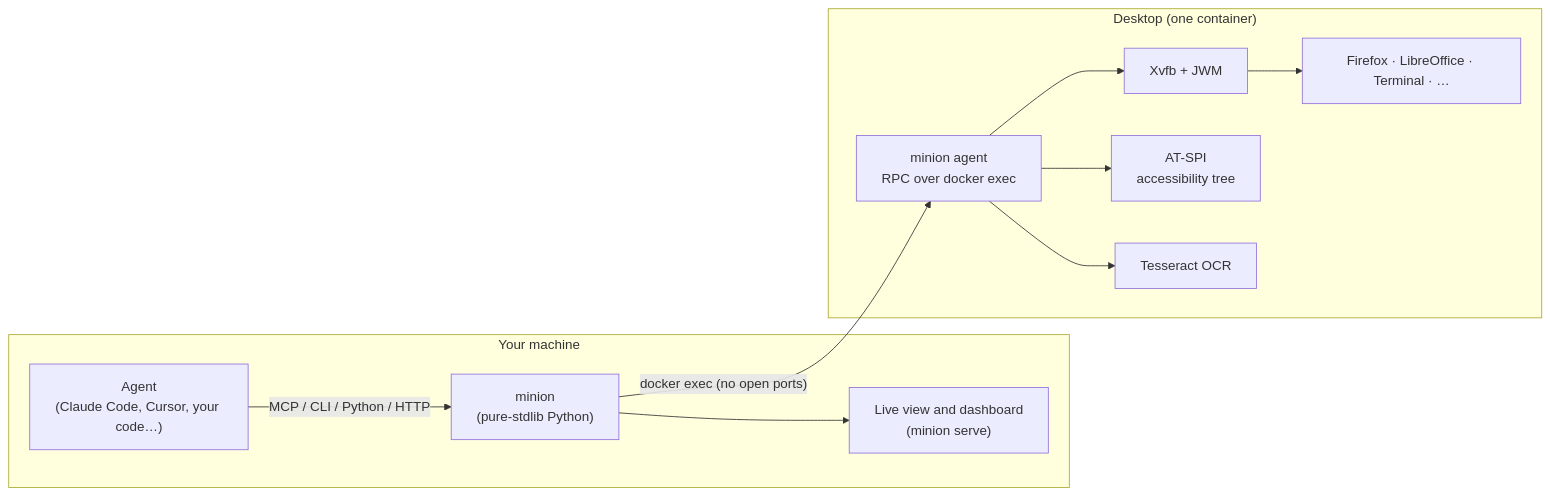
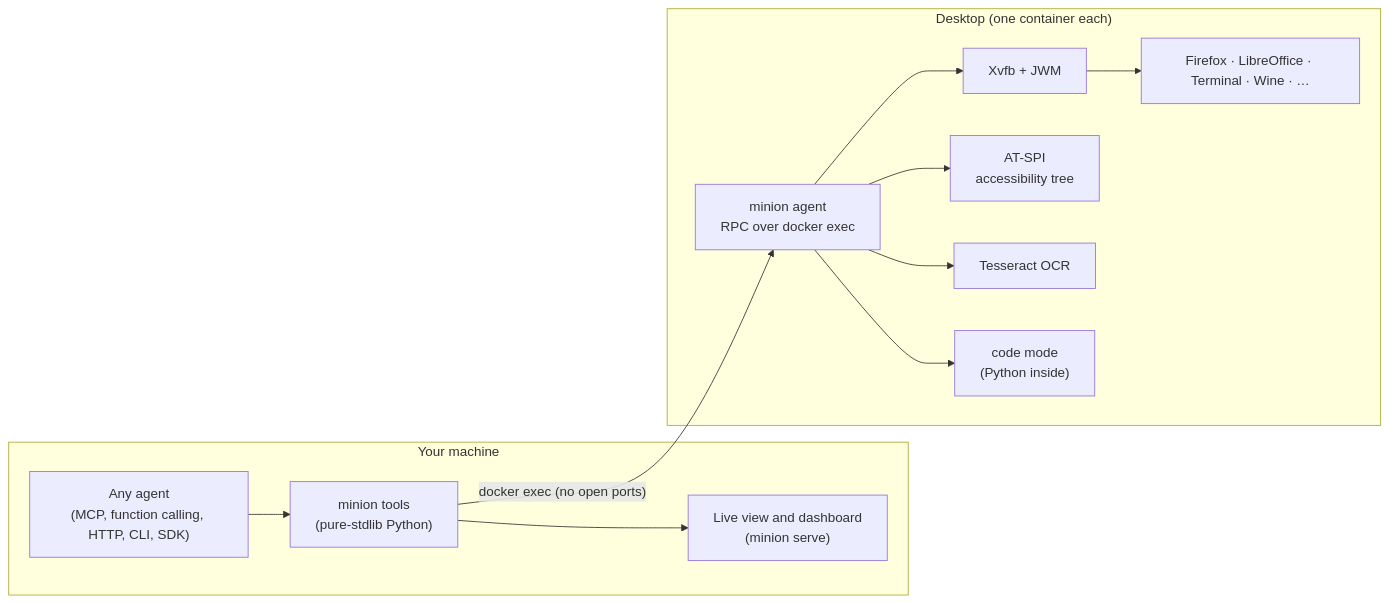
The diagram in README.md (Apophisss/minion), drawn with Mermaid before and after one commit. The commit also changed other lines of this file and 19 other files, not shown here.

First line of the commit message:
OpenAI and Gemini computer-use adapters, run_calls for any model API, Agent Skill and Claude Code plugin, CLI hand-off

````diff
--- a/README.md
+++ b/README.md
@@ -220,14 +296,15 @@
 ```mermaid
 flowchart LR
   subgraph host["Your machine"]
-    A["Agent<br/>(Claude Code, Cursor, your code…)"] -->|MCP / CLI / Python / HTTP| M["minion<br/>(pure-stdlib Python)"]
-    M --> V["Live view and dashboard<br/>(minion serve)"]
+    A["Any agent<br/>(MCP, function calling, HTTP, CLI, SDK)"] --> T["minion tools<br/>(pure-stdlib Python)"]
+    T --> V["Live view and dashboard<br/>(minion serve)"]
   end
-  subgraph desk["Desktop (one container)"]
+  subgraph desk["Desktop (one container each)"]
     S["minion agent<br/>RPC over docker exec"] --> X["Xvfb + JWM"]
     S --> AT["AT-SPI<br/>accessibility tree"]
     S --> O["Tesseract OCR"]
-    X --> Apps["Firefox · LibreOffice · Terminal · …"]
+    S --> C["code mode<br/>(Python inside)"]
+    X --> Apps["Firefox · LibreOffice · Terminal · Wine · …"]
   end
-  M -->|"docker exec (no open ports)"| S
+  T -->|"docker exec (no open ports)"| S
 ```
````
